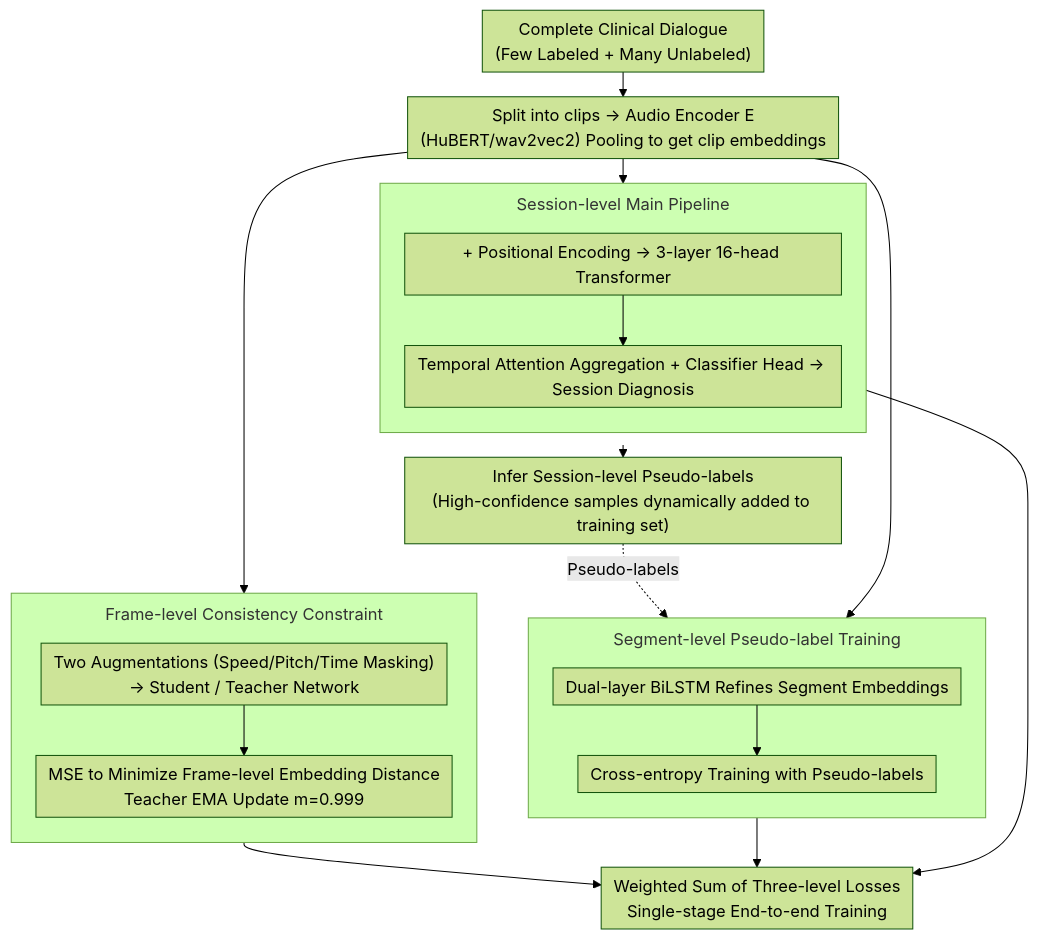
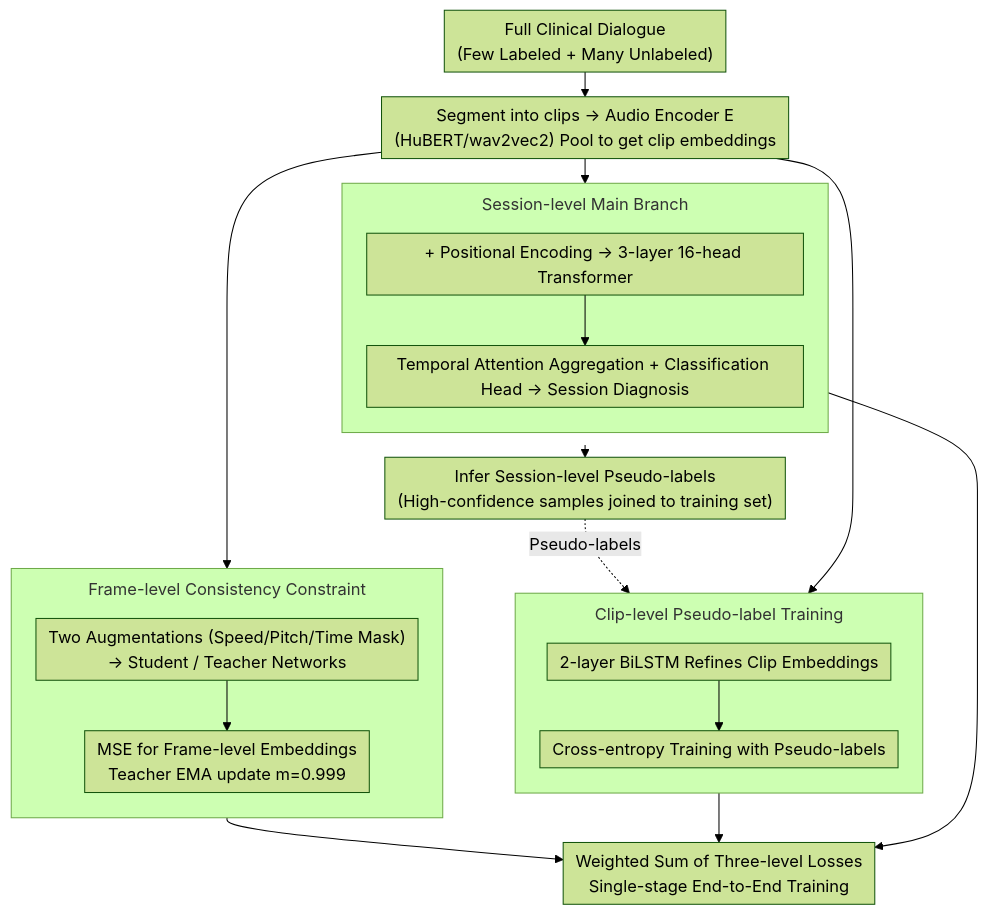
The diagram in docs/ACL2026/audio_speech/semi-supervised_diseased_detection_from_speech_dialogues_with_multi-level_data_m.md (zhaoyang97/Paper-Notes-en), drawn with Mermaid (forest theme) before and after one commit. The commit also changed other lines of this file and 5084 other files, not shown here.

````diff
--- a/docs/ACL2026/audio_speech/semi-supervised_diseased_detection_from_speech_dialogues_with_multi-level_data_m.md
+++ b/docs/ACL2026/audio_speech/semi-supervised_diseased_detection_from_speech_dialogues_with_multi-level_data_m.md
@@ -44,25 +44,25 @@
 ```mermaid
 %%{init: {'flowchart': {'rankSpacing': 24, 'nodeSpacing': 28, 'padding': 6, 'wrappingWidth': 400, 'subGraphTitleMargin': {'top': 8, 'bottom': 16}}}}%%
 flowchart TD
-    A["Complete Clinical Dialogue<br/>(Few Labeled + Many Unlabeled)"] --> B["Split into clips → Audio Encoder E<br/>(HuBERT/wav2vec2) Pooling to get clip embeddings"]
+    A["Full Clinical Dialogue<br/>(Few Labeled + Many Unlabeled)"] --> B["Segment into clips → Audio Encoder E<br/>(HuBERT/wav2vec2) Pool to get clip embeddings"]
     B --> S
     B --> D
     B --> F
-    subgraph S["Session-level Main Pipeline"]
+    subgraph S["Session-level Main Branch"]
         direction TB
-        S1["+ Positional Encoding → 3-layer 16-head Transformer"] --> S2["Temporal Attention Aggregation + Classifier Head → Session Diagnosis"]
+        S1["+ Positional Encoding → 3-layer 16-head Transformer"] --> S2["Temporal Attention Aggregation + Classification Head → Session Diagnosis"]
     end
-    S --> P["Infer Session-level Pseudo-labels<br/>(High-confidence samples dynamically added to training set)"]
-    subgraph D["Segment-level Pseudo-label Training"]
+    S --> P["Infer Session-level Pseudo-labels<br/>(High-confidence samples joined to training set)"]
+    subgraph D["Clip-level Pseudo-label Training"]
         direction TB
-        D1["Dual-layer BiLSTM Refines Segment Embeddings"] --> D2["Cross-entropy Training with Pseudo-labels"]
+        D1["2-layer BiLSTM Refines Clip Embeddings"] --> D2["Cross-entropy Training with Pseudo-labels"]
     end
     P -.Pseudo-labels.-> D2
     subgraph F["Frame-level Consistency Constraint"]
         direction TB
-        F1["Two Augmentations (Speed/Pitch/Time Masking)<br/>→ Student / Teacher Network"] --> F2["MSE to Minimize Frame-level Embedding Distance<br/>Teacher EMA Update m=0.999"]
+        F1["Two Augmentations (Speed/Pitch/Time Mask)<br/>→ Student / Teacher Networks"] --> F2["MSE for Frame-level Embeddings<br/>Teacher EMA update m=0.999"]
     end
-    S2 --> O["Weighted Sum of Three-level Losses<br/>Single-stage End-to-end Training"]
+    S2 --> O["Weighted Sum of Three-level Losses<br/>Single-stage End-to-End Training"]
     D2 --> O
     F2 --> O
 ```
````
